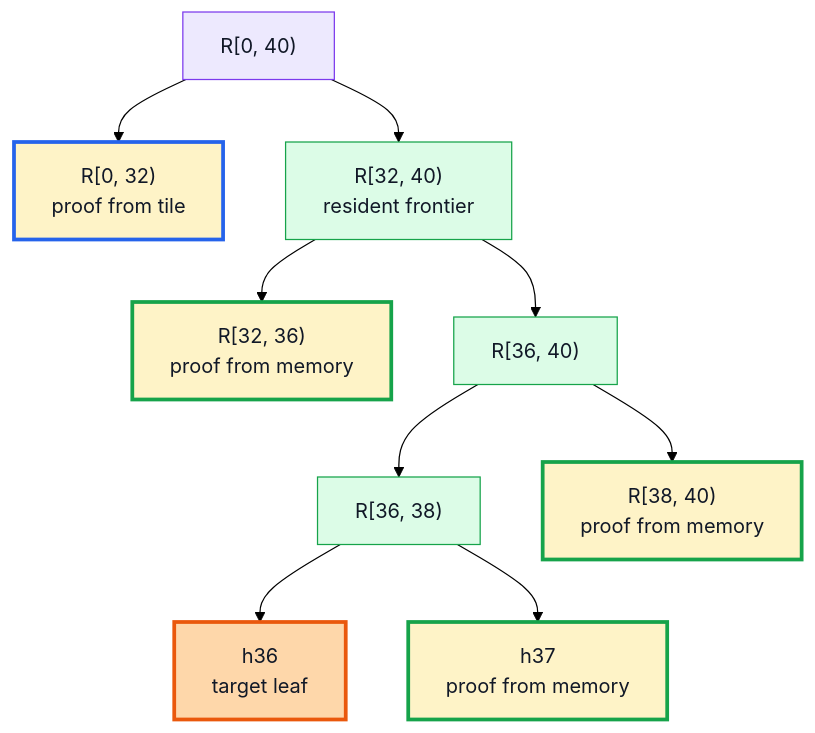
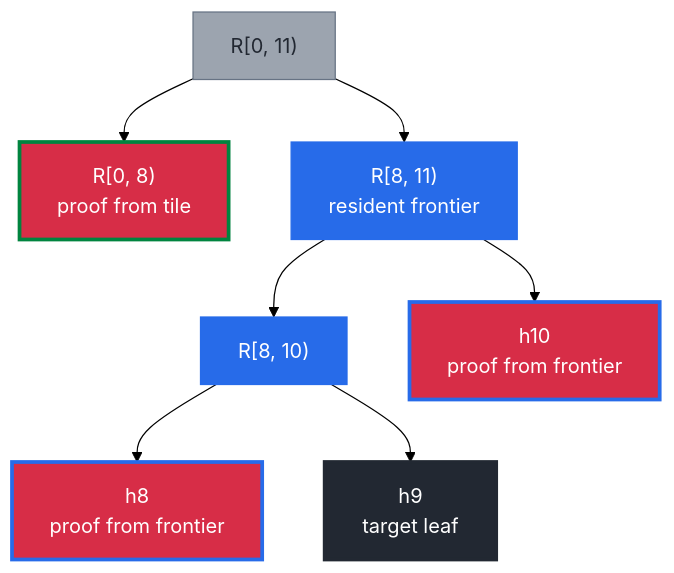
One commit to microsoft/merklecpp changed diagram 15 of 20 in doc/tiles-illustrated.rst. Above: the diagram before and after it, drawn with Mermaid (forest theme). The commit also changed other lines of this file, not shown here.

First line of the commit message:
Align illustrated guide with proof atlas

```diff
--- a/doc/tiles-illustrated.rst
+++ b/doc/tiles-illustrated.rst
@@ -557,27 +545,23 @@
 .. mermaid::
 
    flowchart TB
-     R040["R[0, 40)"]:::computed
-     P032["R[0, 32)<br/>proof from tile"]:::proofTile
-     R3240["R[32, 40)<br/>resident frontier"]:::memory
-     P3236["R[32, 36)<br/>proof from memory"]:::proofMemory
-     R3640["R[36, 40)"]:::memory
-     R3638["R[36, 38)"]:::memory
-     P3840["R[38, 40)<br/>proof from memory"]:::proofMemory
-     X36["h36<br/>target leaf"]:::target
-     P37["h37<br/>proof from memory"]:::proofMemory
+     R011["R[0, 11)"]:::computed
+     P08["R[0, 8)<br/>proof from tile"]:::proofTile
+     R811["R[8, 11)<br/>resident frontier"]:::memory
+     R810["R[8, 10)"]:::memory
+     P10["h10<br/>proof from frontier"]:::proofMemory
+     P8["h8<br/>proof from frontier"]:::proofMemory
+     X9["h9<br/>target leaf"]:::target
 
-     R040 --> P032
-     R040 --> R3240
-     R3240 --> P3236
-     R3240 --> R3640
-     R3640 --> R3638
-     R3640 --> P3840
-     R3638 --> X36
-     R3638 --> P37
+     R011 --> P08
+     R011 --> R811
+     R811 --> R810
+     R811 --> P10
+     R810 --> P8
+     R810 --> X9
 
-     classDef memory fill:#dcfce7,stroke:#16a34a,color:#111827
-     classDef computed fill:#ede9fe,stroke:#7c3aed,color:#111827
-     classDef target fill:#fed7aa,stroke:#ea580c,stroke-width:3px,color:#111827
-     classDef proofTile fill:#fef3c7,stroke:#2563eb,stroke-width:3px,color:#111827
-     classDef proofMemory fill:#fef3c7,stroke:#16a34a,stroke-width:3px,color:#111827
+     classDef memory fill:#276be9,stroke:#276be9,color:#ffffff
+     classDef computed fill:#9ca4af,stroke:#677384,color:#222832
+     classDef target fill:#222832,stroke:#222832,stroke-width:3px,color:#ffffff
+     classDef proofTile fill:#d72d47,stroke:#00843f,stroke-width:3px,color:#ffffff
+     classDef proofMemory fill:#d72d47,stroke:#276be9,stroke-width:3px,color:#ffffff
```
